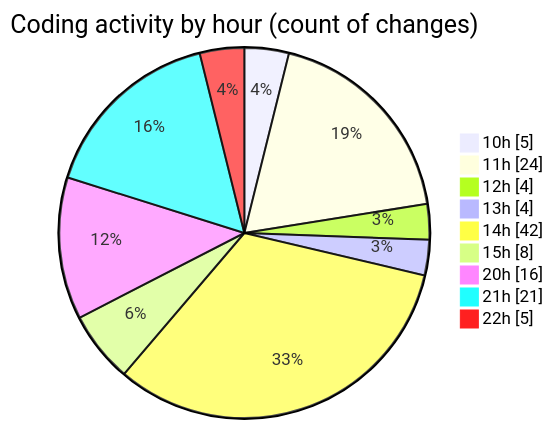
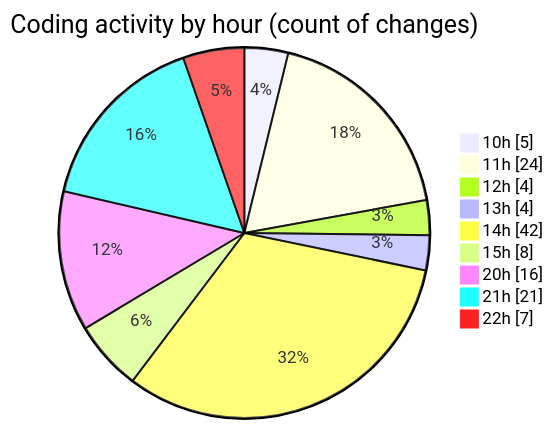
One commit to momahboobian/code-tracking changed the second of 2 diagrams in 2026-09-09/cda/README.md. Above: the diagram before and after it, drawn with Mermaid. The commit also changed other lines of this file and 1 other file, not shown here.

````diff
--- a/2026-09-09/cda/README.md
+++ b/2026-09-09/cda/README.md
@@ -53,13 +53,13 @@
 ```mermaid
 pie showData
 title Coding activity by hour (count of changes)
 "10h" : 5
 "11h" : 24
 "12h" : 4
 "13h" : 4
 "14h" : 42
 "15h" : 8
 "20h" : 16
 "21h" : 21
-"22h" : 5
+"22h" : 7
 ```
````
